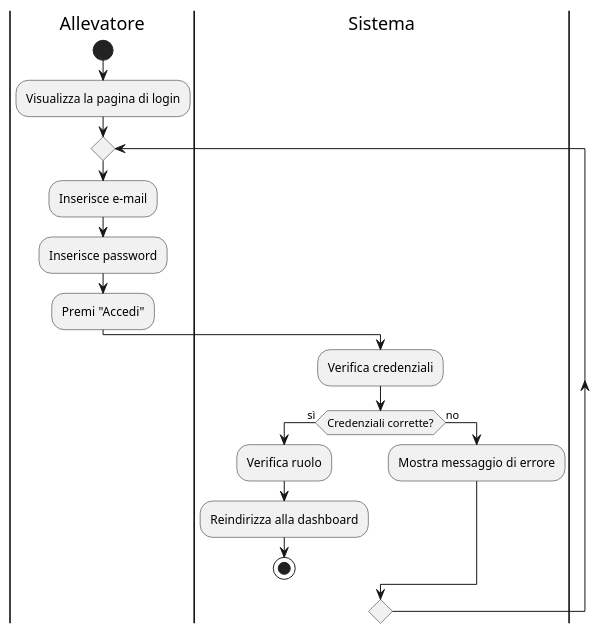
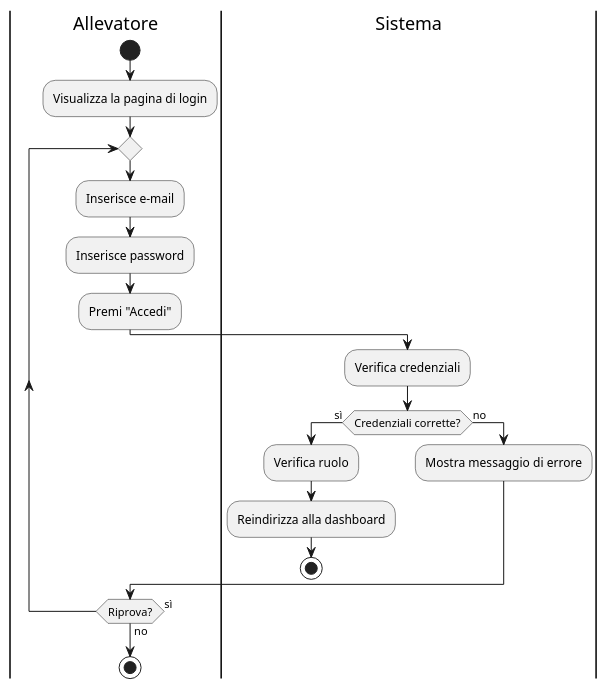
One commit to cristiancundari/birdbase changed the first of 27 diagrams in docs/sezioni/usecases/2_activitydiagrams.md. Above: the diagram before and after it, drawn with PlantUML. The commit also changed other lines of this file and 4 other files, not shown here.

````diff
--- a/docs/sezioni/usecases/2_activitydiagrams.md
+++ b/docs/sezioni/usecases/2_activitydiagrams.md
@@ -3,22 +3,24 @@
 ```plantuml
 @startuml
 |Allevatore|
 start
 :Visualizza la pagina di login;
 repeat
     :Inserisce e-mail;
     :Inserisce password;
     :Premi "Accedi";
 
     |Sistema|
     :Verifica credenziali;
     if (Credenziali corrette?) then (sì)
-    :Verifica ruolo;
-    :Reindirizza alla dashboard;
-    stop
+        :Verifica ruolo;
+        :Reindirizza alla dashboard;
+        stop
     else (no)
-    :Mostra messaggio di errore;
+        :Mostra messaggio di errore;
+        |Allevatore|
     endif
-repeatwhile()
+repeat while (Riprova?) is (sì) not (no)
+stop
 @enduml
 ```
````
